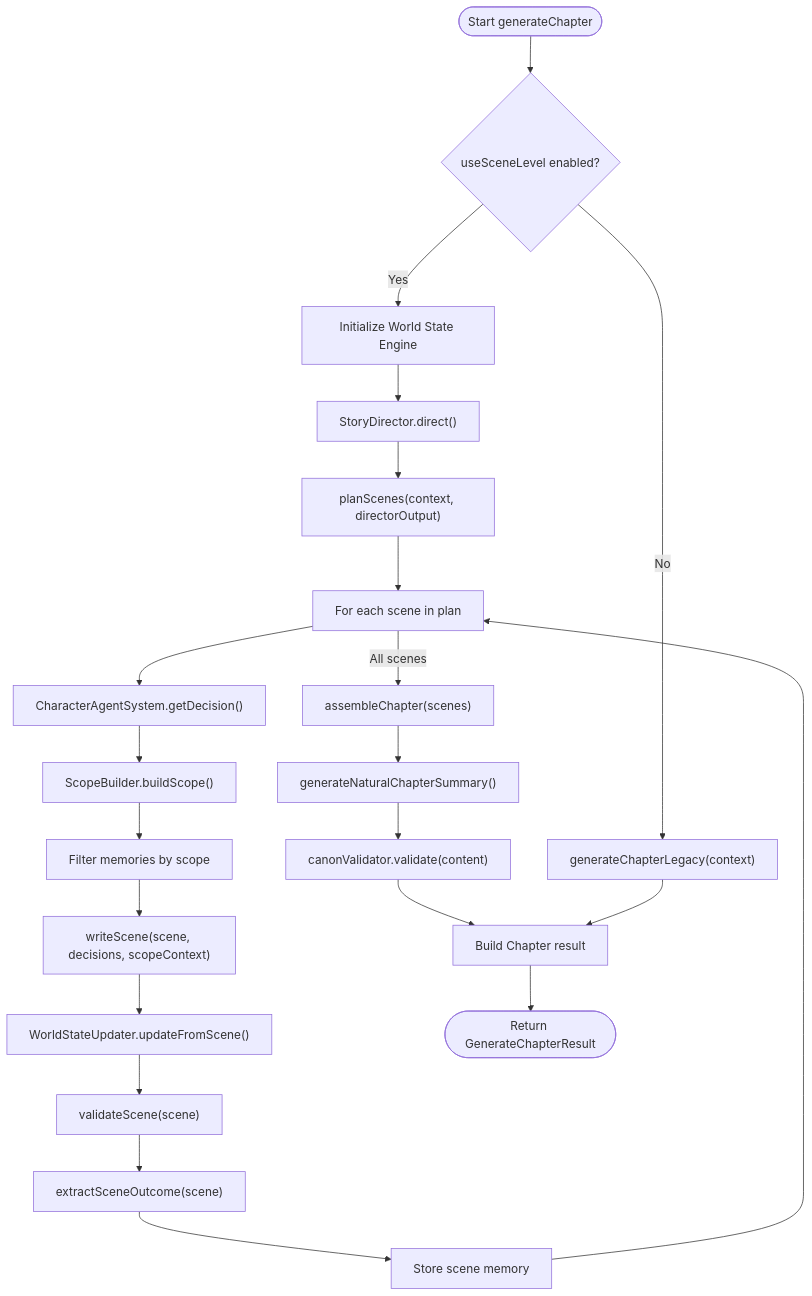
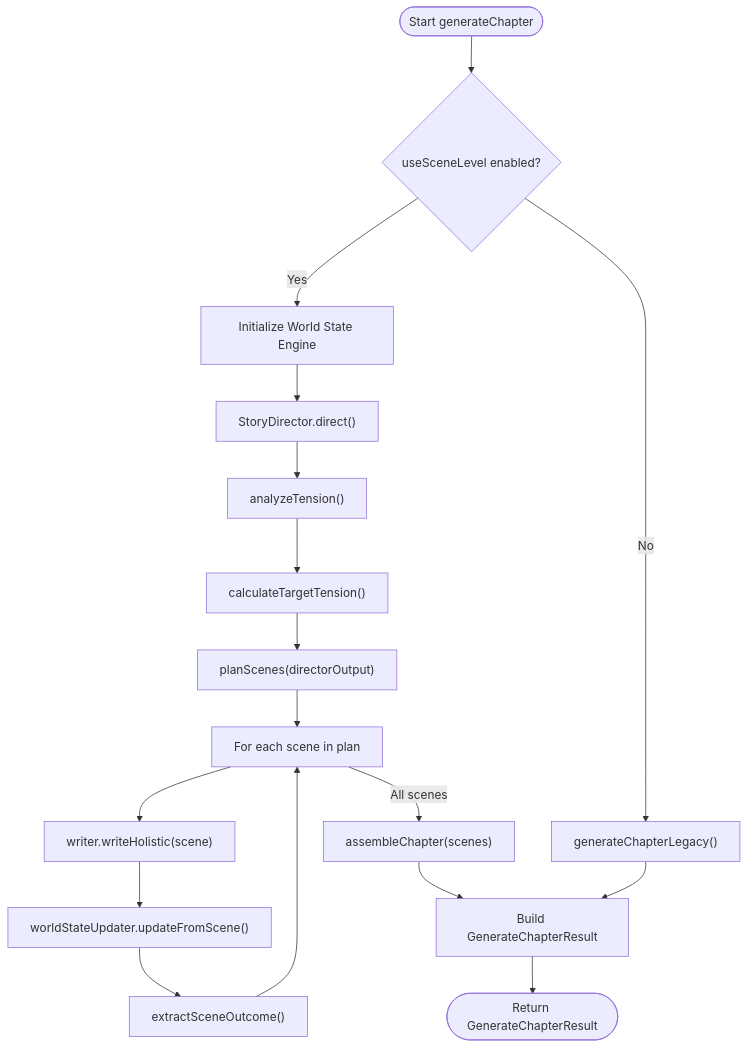
One commit to liwonder/NARRITIVE_OS changed the third of 4 diagrams in .qoder/repowiki/en/content/Engine Architecture/Generation Pipeline.md. Above: the diagram before and after it, drawn with Mermaid. The commit also changed other lines of this file and 14 other files, not shown here.

````diff
--- a/.qoder/repowiki/en/content/Engine Architecture/Generation Pipeline.md
+++ b/.qoder/repowiki/en/content/Engine Architecture/Generation Pipeline.md
@@ -304,24 +213,19 @@
 ```mermaid
 flowchart TD
 Start(["Start generateChapter"]) --> CheckMode{"useSceneLevel enabled?"}
 CheckMode --> |Yes| InitWorld["Initialize World State Engine"]
 InitWorld --> Director["StoryDirector.direct()"]
-Director --> PlanScenes["planScenes(context, directorOutput)"]
-PlanScenes --> SceneLoop["For each scene in plan"]
-SceneLoop --> GetDecisions["CharacterAgentSystem.getDecision()"]
-GetDecisions --> BuildScope["ScopeBuilder.buildScope()"]
-BuildScope --> FilterMemories["Filter memories by scope"]
-FilterMemories --> WriteScene["writeScene(scene, decisions, scopeContext)"]
-WriteScene --> UpdateWorld["WorldStateUpdater.updateFromScene()"]
-UpdateWorld --> ValidateScene["validateScene(scene)"]
-ValidateScene --> ExtractOutcome["extractSceneOutcome(scene)"]
-ExtractOutcome --> StoreMemory["Store scene memory"]
-StoreMemory --> SceneLoop
+Director --> Tension["analyzeTension()"]
+Tension --> CalcTarget["calculateTargetTension()"]
+CalcTarget --> Planner["planScenes(directorOutput)"]
+Planner --> SceneLoop["For each scene in plan"]
+SceneLoop --> WriteScene["writer.writeHolistic(scene)"]
+WriteScene --> UpdateWorld["worldStateUpdater.updateFromScene()"]
+UpdateWorld --> ExtractOutcome["extractSceneOutcome()"]
+ExtractOutcome --> SceneLoop
 SceneLoop --> |All scenes| Assemble["assembleChapter(scenes)"]
-Assemble --> MultilingualSum["generateNaturalChapterSummary()"]
-MultilingualSum --> CanonValidate["canonValidator.validate(content)"]
-CanonValidate --> Build["Build Chapter result"]
-CheckMode --> |No| Legacy["generateChapterLegacy(context)"]
+Assemble --> Build["Build GenerateChapterResult"]
+CheckMode --> |No| Legacy["generateChapterLegacy()"]
 Legacy --> Build
 Build --> End(["Return GenerateChapterResult"])
 ```
````
